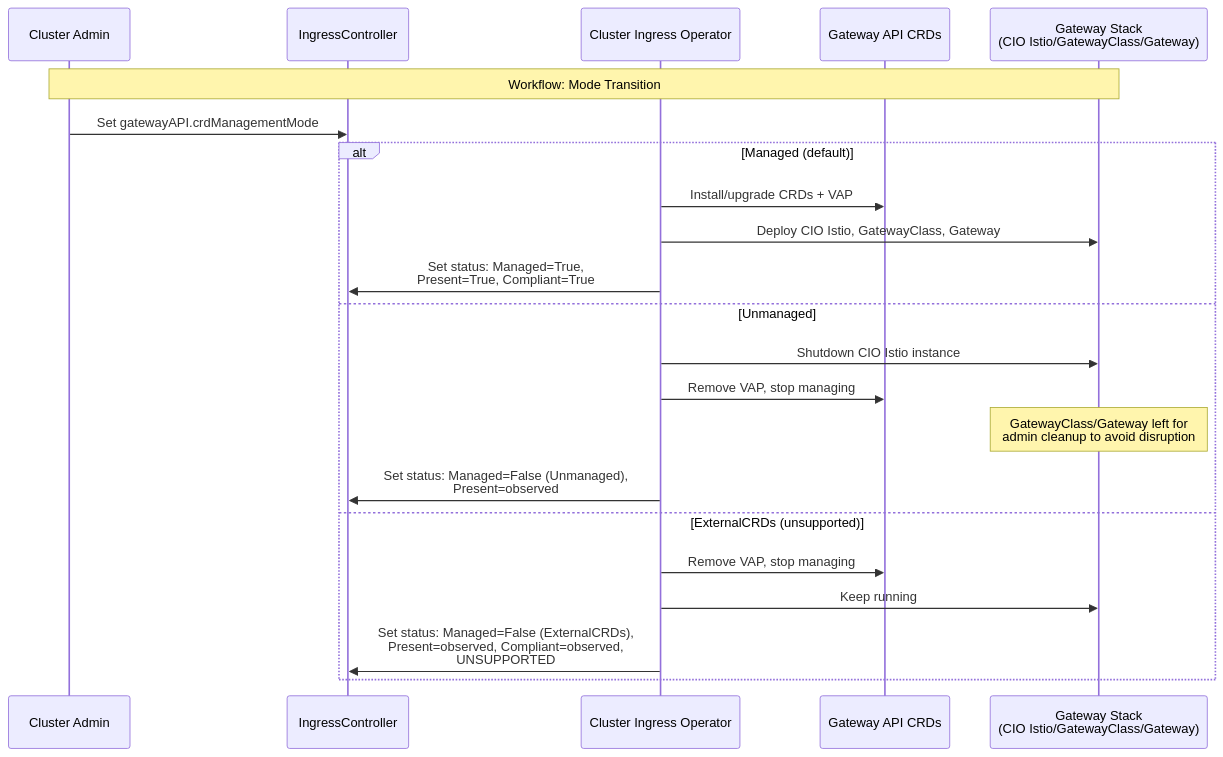
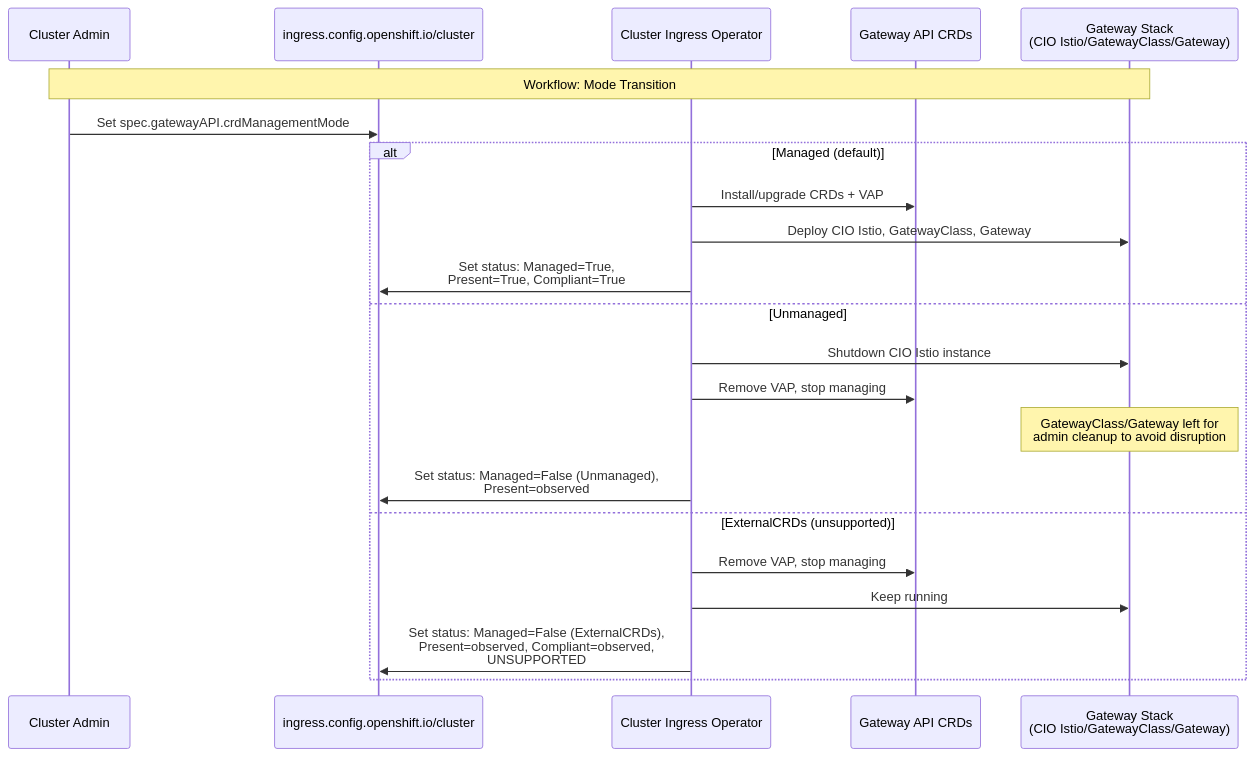
One commit to openshift/enhancements changed the diagram in enhancements/ingress/gateway-api-crd-management-mode.md. Above: the diagram before and after it, drawn with Mermaid. The commit also changed other lines of this file, not shown here.

Commit message:
Move the Gateway API CRD knob customization to ingress.config resource

````diff
--- a/enhancements/ingress/gateway-api-crd-management-mode.md
+++ b/enhancements/ingress/gateway-api-crd-management-mode.md
@@ -299,26 +320,26 @@
 ```mermaid
 sequenceDiagram
     participant Admin as Cluster Admin
-    participant IC as IngressController
+    participant IC as ingress.config.openshift.io/cluster
     participant CIO as Cluster Ingress Operator
     participant CRDs as Gateway API CRDs
     participant GW as Gateway Stack<br/>(CIO Istio/GatewayClass/Gateway)
 
     Note over Admin,GW: Workflow: Mode Transition
-    Admin->>IC: Set gatewayAPI.crdManagementMode
+    Admin->>IC: Set spec.gatewayAPI.crdManagementMode
 
     alt Managed (default)
         CIO->>CRDs: Install/upgrade CRDs + VAP
         CIO->>GW: Deploy CIO Istio, GatewayClass, Gateway
         CIO->>IC: Set status: Managed=True,<br/>Present=True, Compliant=True
     else Unmanaged
         CIO->>GW: Shutdown CIO Istio instance
         CIO->>CRDs: Remove VAP, stop managing
         Note over GW: GatewayClass/Gateway left for<br/>admin cleanup to avoid disruption
         CIO->>IC: Set status: Managed=False (Unmanaged),<br/>Present=observed
     else ExternalCRDs (unsupported)
         CIO->>CRDs: Remove VAP, stop managing
         CIO->>GW: Keep running
         CIO->>IC: Set status: Managed=False (ExternalCRDs),<br/>Present=observed, Compliant=observed,<br/>UNSUPPORTED
     end
 ```
````
